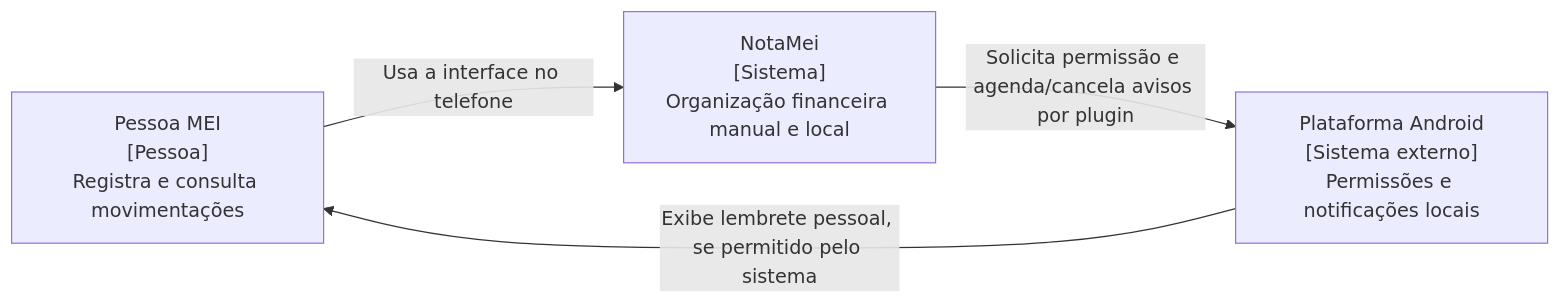
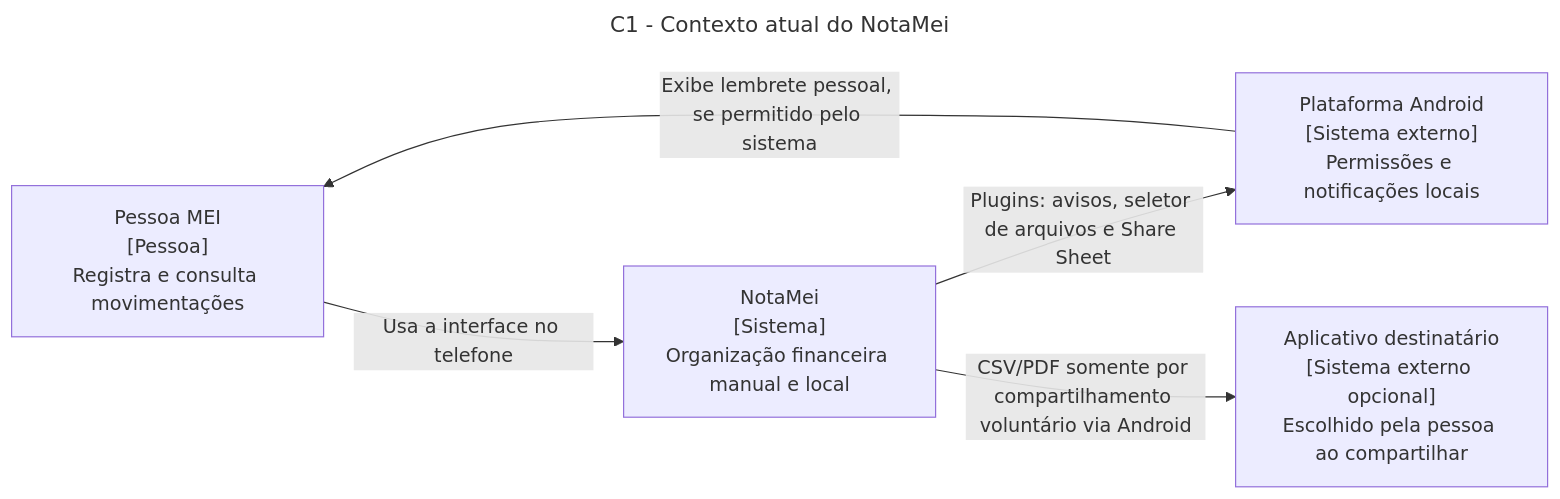
Before and after one commit to Isaqueodev/NotaMei: the first of 6 diagrams in docs/arquitetura/C4-NOTAMEI.md, drawn with Mermaid. The commit also changed other lines of this file and 9 other files, not shown here.

Commit message:
docs: organiza requisitos ADRs e rastreabilidade do NotaMei

````diff
--- a/docs/arquitetura/C4-NOTAMEI.md
+++ b/docs/arquitetura/C4-NOTAMEI.md
@@ -81,9 +83,14 @@
 ```mermaid
+---
+title: C1 - Contexto atual do NotaMei
+---
 flowchart LR
   MEI["Pessoa MEI<br/>[Pessoa]<br/>Registra e consulta movimentações"]
   APP["NotaMei<br/>[Sistema]<br/>Organização financeira manual e local"]
   ANDROID["Plataforma Android<br/>[Sistema externo]<br/>Permissões e notificações locais"]
+  DEST["Aplicativo destinatário<br/>[Sistema externo opcional]<br/>Escolhido pela pessoa ao compartilhar"]
   MEI -->|"Usa a interface no telefone"| APP
-  APP -->|"Solicita permissão e agenda/cancela avisos por plugin"| ANDROID
+  APP -->|"Plugins: avisos, seletor de arquivos e Share Sheet"| ANDROID
+  APP -->|"CSV/PDF somente por compartilhamento voluntário via Android"| DEST
   ANDROID -->|"Exibe lembrete pessoal, se permitido pelo sistema"| MEI
 ```
````
